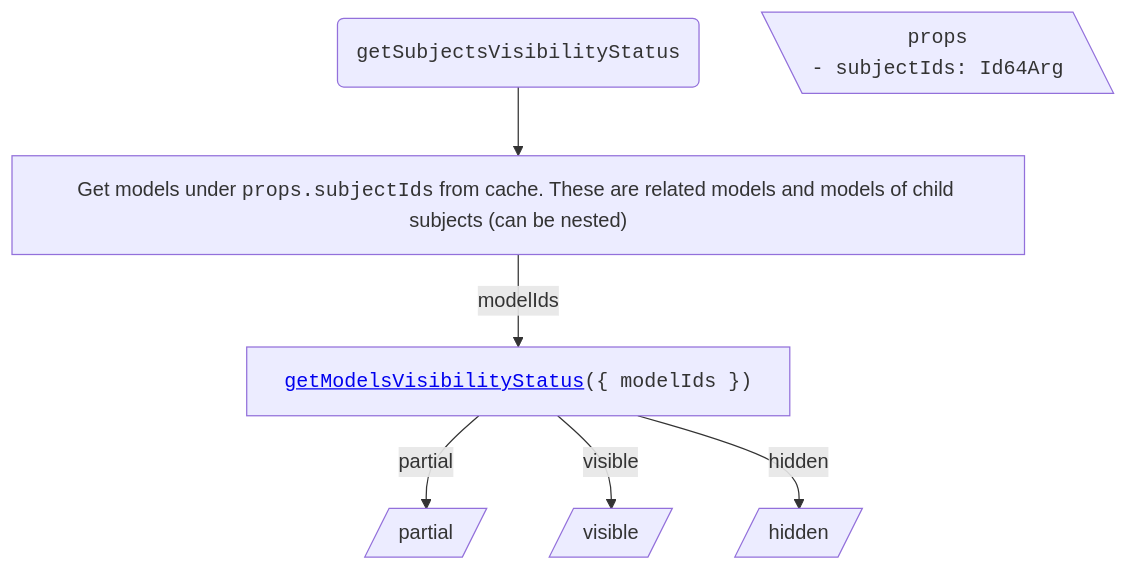
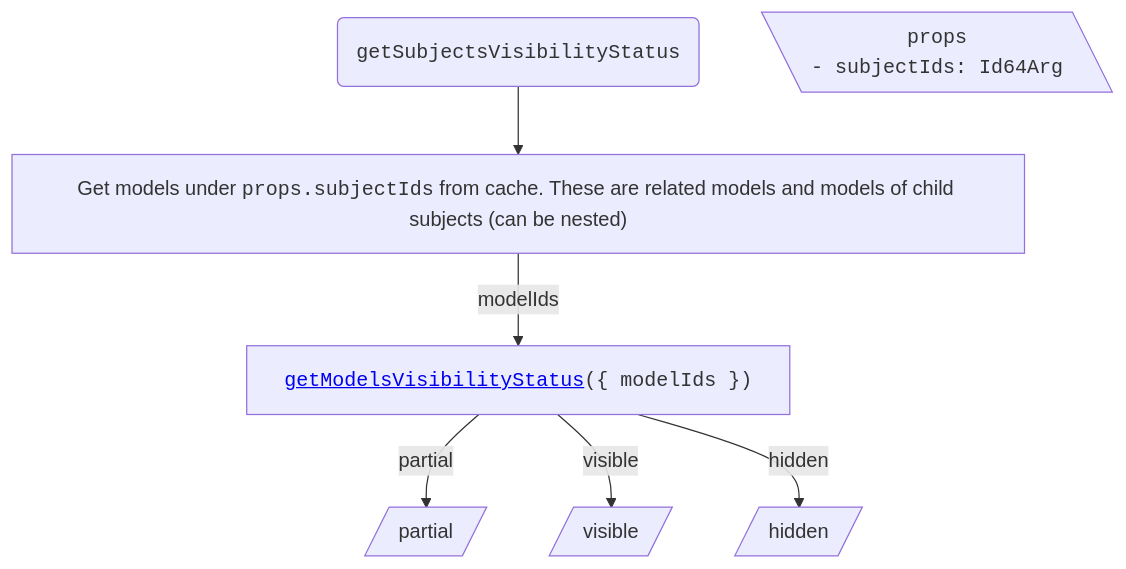
The first of 2 diagrams in packages/itwin/tree-widget/docs/ModelsTreeVisibilityHandling.md (iTwin/viewer-components-react), drawn with Mermaid before and after one commit. The commit also changed other lines of this file and 3 other files, not shown here.

````diff
--- a/packages/itwin/tree-widget/docs/ModelsTreeVisibilityHandling.md
+++ b/packages/itwin/tree-widget/docs/ModelsTreeVisibilityHandling.md
@@ -27,28 +27,28 @@
 ```mermaid
 ---
 config:
   flowchart:
     wrappingWidth: 750
     useMaxWidth: false
 ---
 
 flowchart TD
   RESULT_Partial[/partial/]
   RESULT_Visible[/visible/]
   RESULT_Hidden[/hidden/]
 
   %% Start
   TITLE("<code>getSubjectsVisibilityStatus</code>") --> A["Get models under <code>props.subjectIds</code> from cache. These are related models and models of child subjects (can be nested)"]
 
   PROPS[\"
     <code>props</code>
-    <code style='text-align: left;'>- subjectIds: Id64Arg</code>
+    <code style='display: block; text-align: left;'>- subjectIds: Id64Arg</code>
   "\]
 
   A -- modelIds --> B["<code><a href='./SharedVisibilityHandling.md#getmodelsvisibilitystatus'>getModelsVisibilityStatus</a>({ modelIds })</code>"]
 
   %% Results
   B -- partial --> RESULT_Partial
   B -- visible --> RESULT_Visible
   B -- hidden --> RESULT_Hidden
 ```
````
